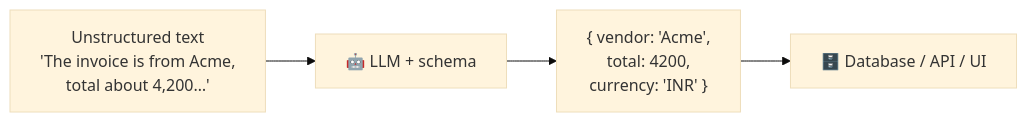
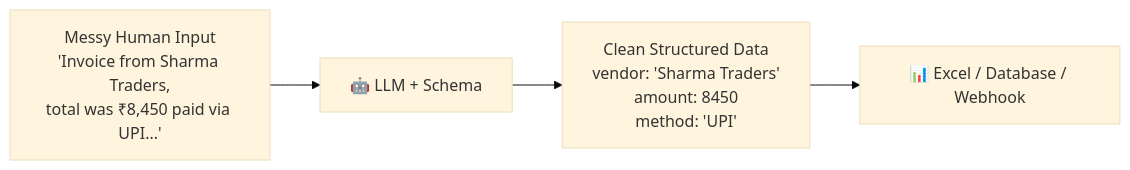
Before and after one commit to ABVicky/Prompt-Engineering-by-Vicky: the diagram in modules/06-structured-output.md, drawn with Mermaid (base theme). The commit also changed other lines of this file and 19 other files, not shown here.

````diff
--- a/modules/06-structured-output.md
+++ b/modules/06-structured-output.md
@@ -24,4 +32,6 @@
 ```mermaid
 flowchart LR
-    T["Unstructured text<br/>'The invoice is from Acme,<br/>total about 4,200…'"] --> L["🤖 LLM + schema"] --> J["{ vendor: 'Acme',<br/>total: 4200,<br/>currency: 'INR' }"] --> DB["🗄️ Database / API / UI"]
+    A["Messy Human Input<br/>'Invoice from Sharma Traders,<br/>total was ₹8,450 paid via UPI...'"] --> B["🤖 LLM + Schema"]
+    B --> C["Clean Structured Data<br/>vendor: 'Sharma Traders'<br/>amount: 8450<br/>method: 'UPI'"]
+    C --> D["📊 Excel / Database / Webhook"]
 ```
````
